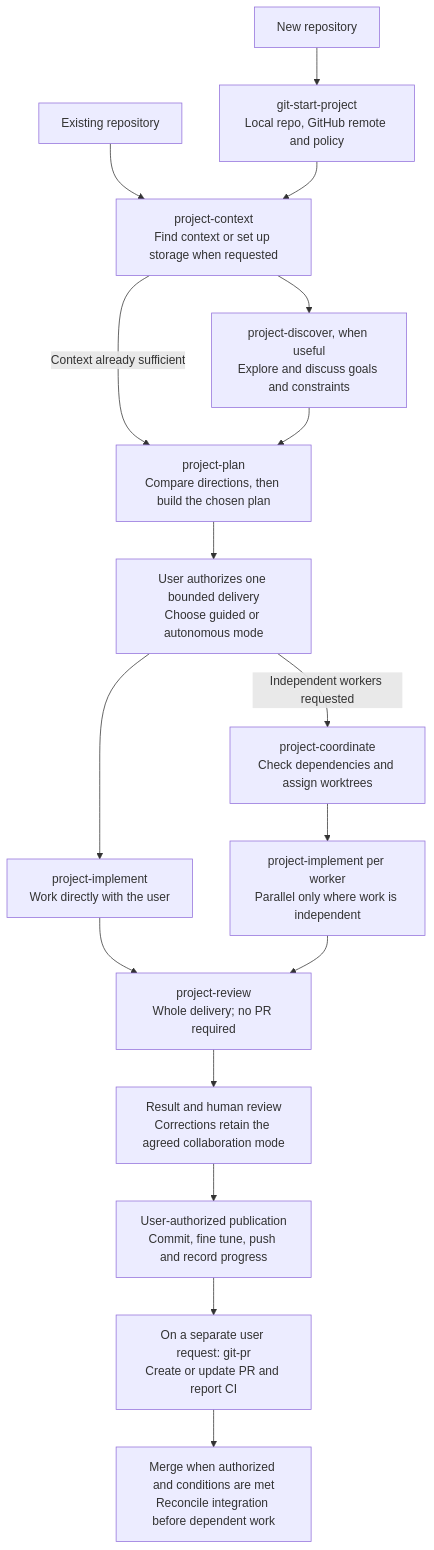
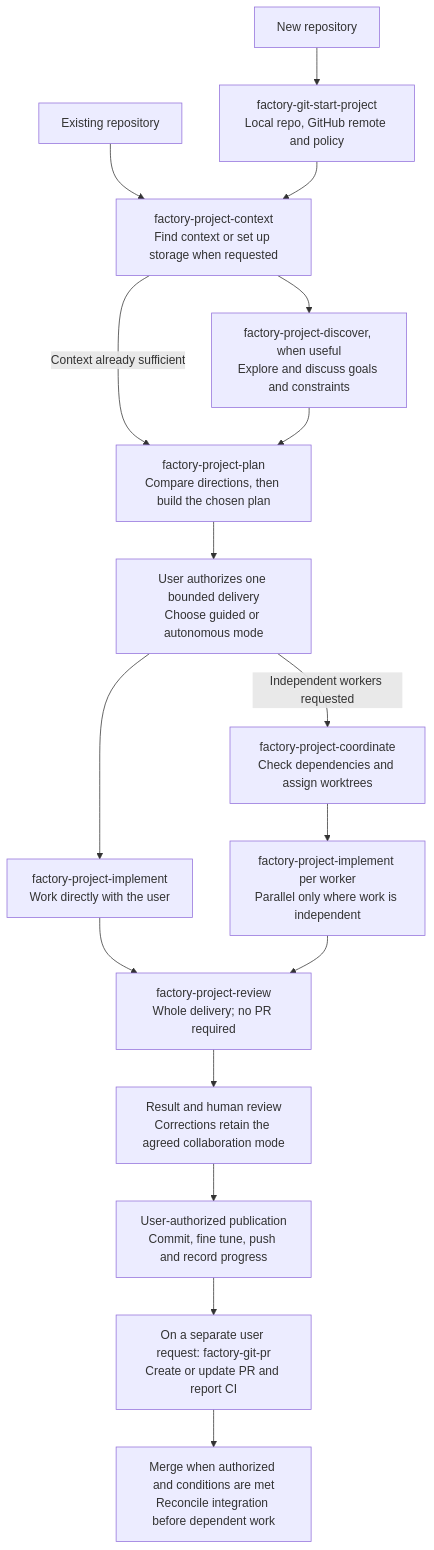
One commit to nachfq/factoryfq changed the first of 2 diagrams in docs/workflow.md. Above: the diagram before and after it, drawn with Mermaid. The commit also changed other lines of this file and 65 other files, not shown here.

````diff
--- a/docs/workflow.md
+++ b/docs/workflow.md
@@ -15,19 +15,19 @@
 ```mermaid
 flowchart TD
-    New["New repository"] --> Setup["git-start-project<br/>Local repo, GitHub remote and policy"]
+    New["New repository"] --> Setup["factory-git-start-project<br/>Local repo, GitHub remote and policy"]
     Existing["Existing repository"] --> Context
-    Setup --> Context["project-context<br/>Find context or set up storage when requested"]
-    Context --> Discover["project-discover, when useful<br/>Explore and discuss goals and constraints"]
+    Setup --> Context["factory-project-context<br/>Find context or set up storage when requested"]
+    Context --> Discover["factory-project-discover, when useful<br/>Explore and discuss goals and constraints"]
     Context -->|"Context already sufficient"| Plan
-    Discover --> Plan["project-plan<br/>Compare directions, then build the chosen plan"]
+    Discover --> Plan["factory-project-plan<br/>Compare directions, then build the chosen plan"]
     Plan --> Scope["User authorizes one bounded delivery<br/>Choose guided or autonomous mode"]
-    Scope --> Direct["project-implement<br/>Work directly with the user"]
-    Scope -->|"Independent workers requested"| Coordinate["project-coordinate<br/>Check dependencies and assign worktrees"]
-    Coordinate --> Workers["project-implement per worker<br/>Parallel only where work is independent"]
-    Direct --> Review["project-review<br/>Whole delivery; no PR required"]
+    Scope --> Direct["factory-project-implement<br/>Work directly with the user"]
+    Scope -->|"Independent workers requested"| Coordinate["factory-project-coordinate<br/>Check dependencies and assign worktrees"]
+    Coordinate --> Workers["factory-project-implement per worker<br/>Parallel only where work is independent"]
+    Direct --> Review["factory-project-review<br/>Whole delivery; no PR required"]
     Workers --> Review
     Review --> Handoff["Result and human review<br/>Corrections retain the agreed collaboration mode"]
     Handoff --> Publish["User-authorized publication<br/>Commit, fine tune, push and record progress"]
-    Publish --> PR["On a separate user request: git-pr<br/>Create or update PR and report CI"]
+    Publish --> PR["On a separate user request: factory-git-pr<br/>Create or update PR and report CI"]
     PR --> Merge["Merge when authorized and conditions are met<br/>Reconcile integration before dependent work"]
 ```
````
